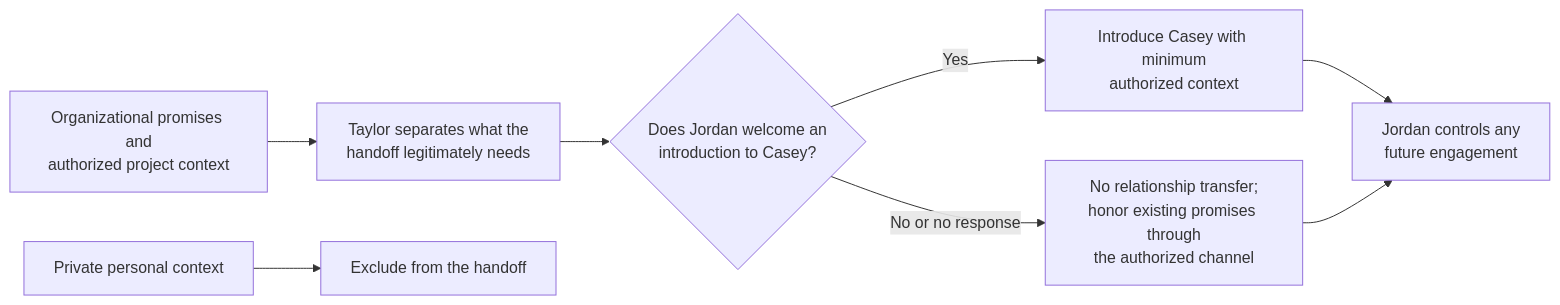
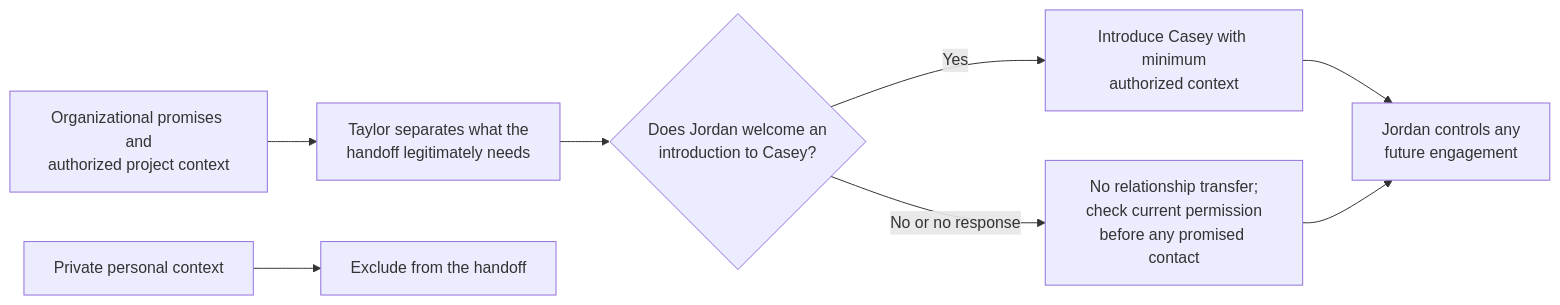
Before and after one commit to BradGroux/relationship-operating-framework: the diagram in examples/02-continuity-during-a-team-handoff.md, drawn with Mermaid. The commit also changed other lines of this file and 25 other files, not shown here.

````diff
--- a/examples/02-continuity-during-a-team-handoff.md
+++ b/examples/02-continuity-during-a-team-handoff.md
@@ -26,19 +26,19 @@
 ```mermaid
 flowchart LR
     O["Organizational promises and<br/>authorized project context"]
     P["Private personal context"]
     H["Taylor separates what the<br/>handoff legitimately needs"]
     X["Exclude from the handoff"]
     C{"Does Jordan welcome an<br/>introduction to Casey?"}
     I["Introduce Casey with minimum<br/>authorized context"]
-    N["No relationship transfer;<br/>honor existing promises through<br/>the authorized channel"]
+    N["No relationship transfer;<br/>check current permission<br/>before any promised contact"]
     U["Jordan controls any<br/>future engagement"]
 
     O --> H
     P --> X
     H --> C
     C -- "Yes" --> I
     C -- "No or no response" --> N
     I --> U
     N --> U
 ```
````
